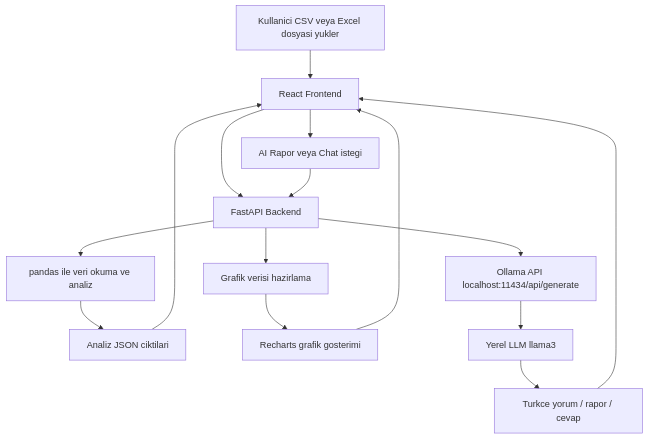
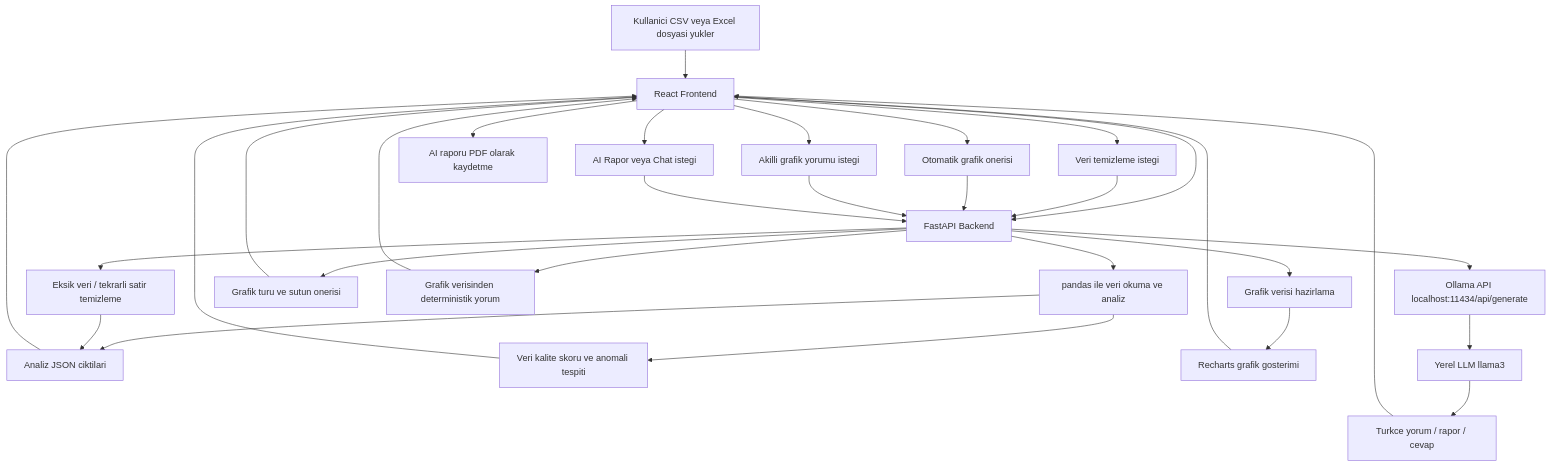
One commit to bengs38/Introduction-to-Data-Visualization-Project-Assignment changed the diagram in README.md. Above: the diagram before and after it, drawn with Mermaid. The commit also changed other lines of this file and 12 other files, not shown here.

````diff
--- a/README.md
+++ b/README.md
@@ -24,20 +30,39 @@
 ```mermaid
 flowchart TD
     A[Kullanici CSV veya Excel dosyasi yukler] --> B[React Frontend]
     B --> C[FastAPI Backend]
 
     C --> D[pandas ile veri okuma ve analiz]
     D --> E[Analiz JSON ciktilari]
+    D --> Q[Veri kalite skoru ve anomali tespiti]
     E --> B
+    Q --> B
+
+    B --> L[Veri temizleme istegi]
+    L --> C
+    C --> M[Eksik veri / tekrarli satir temizleme]
+    M --> E
 
     C --> F[Grafik verisi hazirlama]
     F --> G[Recharts grafik gosterimi]
     G --> B
+
+    B --> N[Otomatik grafik onerisi]
+    N --> C
+    C --> O[Grafik turu ve sutun onerisi]
+    O --> B
+
+    B --> P[Akilli grafik yorumu istegi]
+    P --> C
+    C --> R[Grafik verisinden deterministik yorum]
+    R --> B
 
     B --> H[AI Rapor veya Chat istegi]
     H --> C
     C --> I[Ollama API localhost:11434/api/generate]
     I --> J[Yerel LLM llama3]
     J --> K[Turkce yorum / rapor / cevap]
     K --> B
+
+    B --> S[AI raporu PDF olarak kaydetme]
 ```
````
